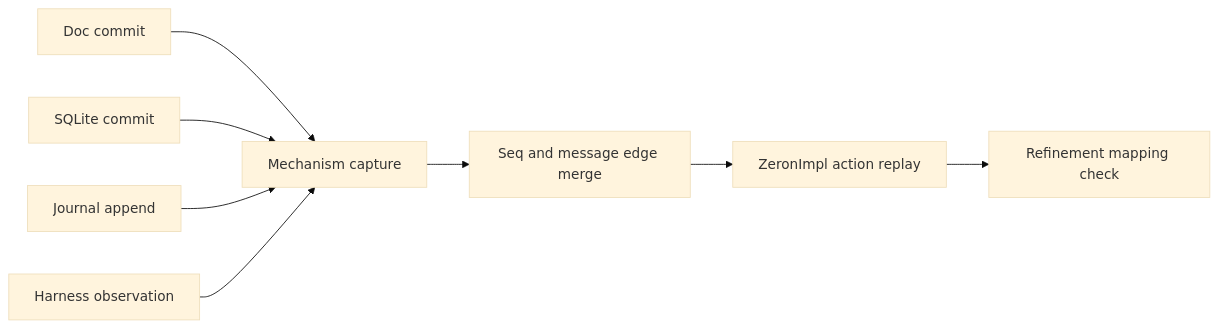
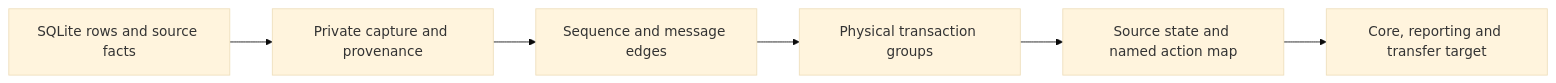
Before and after one commit to Tbsheff/zeron: the diagram in docs/orchestrator-v2-conformance-gap.md, drawn with Mermaid (base theme). The commit also changed other lines of this file and 101 other files, not shown here.

````diff
--- a/docs/orchestrator-v2-conformance-gap.md
+++ b/docs/orchestrator-v2-conformance-gap.md
@@ -26,10 +33,8 @@
 ```mermaid
 flowchart LR
-  D[Doc commit] --> C[Mechanism capture]
-  S[SQLite commit] --> C
-  J[Journal append] --> C
-  H[Harness observation] --> C
-  C --> M[Seq and message edge merge]
-  M --> Z[ZeronImpl action replay]
-  Z --> A[Refinement mapping check]
+  A[SQLite rows and source facts] --> B[Private capture and provenance]
+  B --> C[Sequence and message edges]
+  C --> D[Physical transaction groups]
+  D --> E[Source state and named action map]
+  E --> F[Core, reporting and transfer target]
 ```
````
